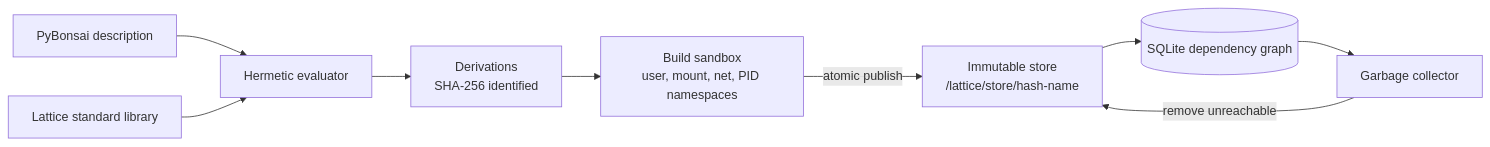
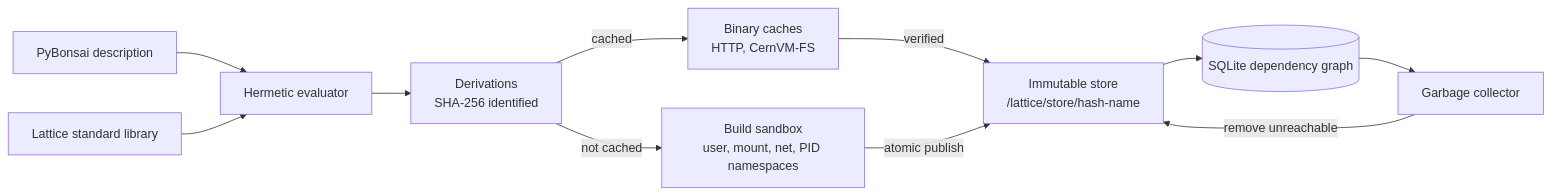
Before and after one commit to PacketFive/PyrixOS: the diagram in README.md, drawn with Mermaid. The commit also changed other lines of this file and 6 other files, not shown here.

Commit message:
docs: specify binary caches and CernVM-FS shallow store paths

````diff
--- a/README.md
+++ b/README.md
@@ -7,11 +7,13 @@
 ```mermaid
 flowchart LR
     pyb["PyBonsai description"] --> ev["Hermetic evaluator"]
     lib["Lattice standard library"] --> ev
     ev --> drv["Derivations<br/>SHA-256 identified"]
-    drv --> sb["Build sandbox<br/>user, mount, net, PID namespaces"]
+    drv -->|"not cached"| sb["Build sandbox<br/>user, mount, net, PID namespaces"]
+    drv -->|"cached"| bc["Binary caches<br/>HTTP, CernVM-FS"]
+    bc -->|"verified"| st
     sb -->|"atomic publish"| st["Immutable store<br/>/lattice/store/hash-name"]
     st --> db[("SQLite dependency graph")]
     db --> gc["Garbage collector"]
     gc -->|"remove unreachable"| st
 ```
````
